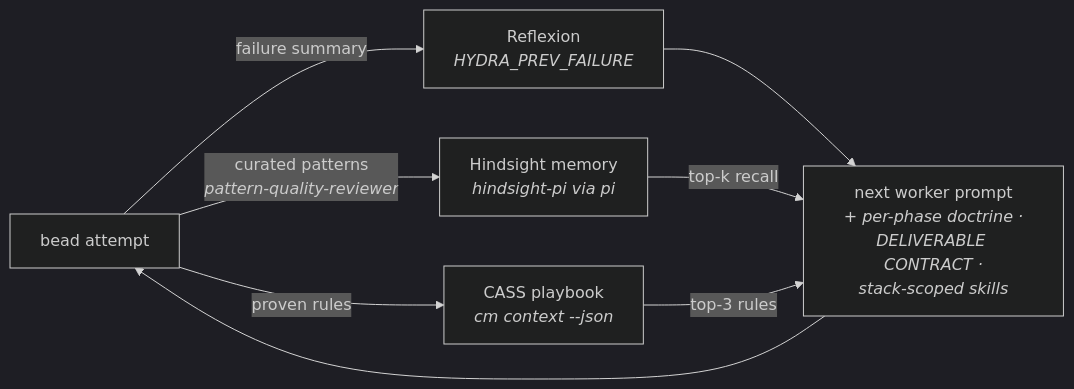
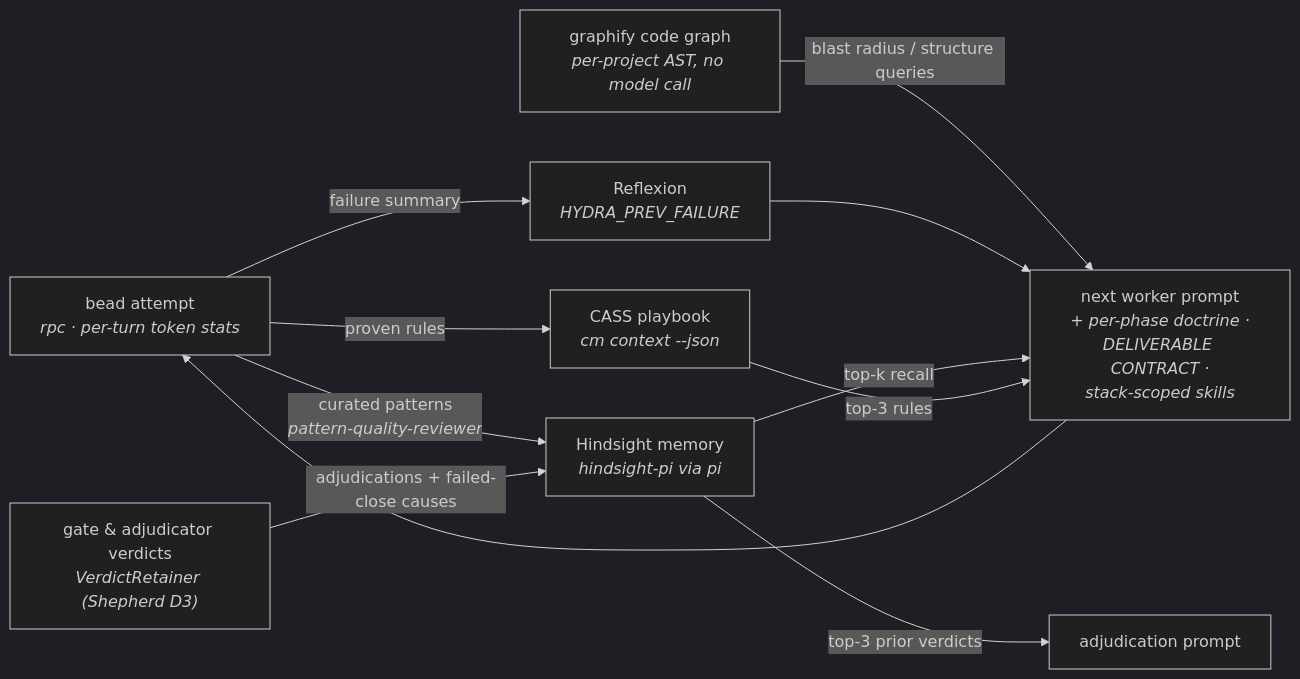
Before and after one commit to haulmatic-dev/hindsight-pi: the second of 3 diagrams in docs/architecture/system-loop.md, drawn with Mermaid (dark theme). The commit also changed other lines of this file and 3 other files, not shown here.

````diff
--- a/docs/architecture/system-loop.md
+++ b/docs/architecture/system-loop.md
@@ -50,10 +60,13 @@
 ```mermaid
 flowchart LR
-    RUN["bead attempt"] -->|failure summary| REFLX["Reflexion<br/><i>HYDRA_PREV_FAILURE</i>"]
+    RUN["bead attempt<br/><i>rpc · per-turn token stats</i>"] -->|failure summary| REFLX["Reflexion<br/><i>HYDRA_PREV_FAILURE</i>"]
     RUN -->|"curated patterns<br/><i>pattern-quality-reviewer</i>"| HS["Hindsight memory<br/><i>hindsight-pi via pi</i>"]
     RUN -->|proven rules| CASS["CASS playbook<br/><i>cm context --json</i>"]
+    GATES["gate & adjudicator verdicts<br/><i>VerdictRetainer (Shepherd D3)</i>"] -->|"adjudications + failed-close causes"| HS
+    GR["graphify code graph<br/><i>per-project AST, no model call</i>"] -->|"blast radius / structure queries"| PROMPT
     REFLX --> PROMPT["next worker prompt<br/><i>+ per-phase doctrine ·<br/>DELIVERABLE CONTRACT ·<br/>stack-scoped skills</i>"]
     HS -->|top-k recall| PROMPT
+    HS -->|"top-3 prior verdicts"| ADJP["adjudication prompt"]
     CASS -->|top-3 rules| PROMPT
     PROMPT --> RUN
 ```
````
